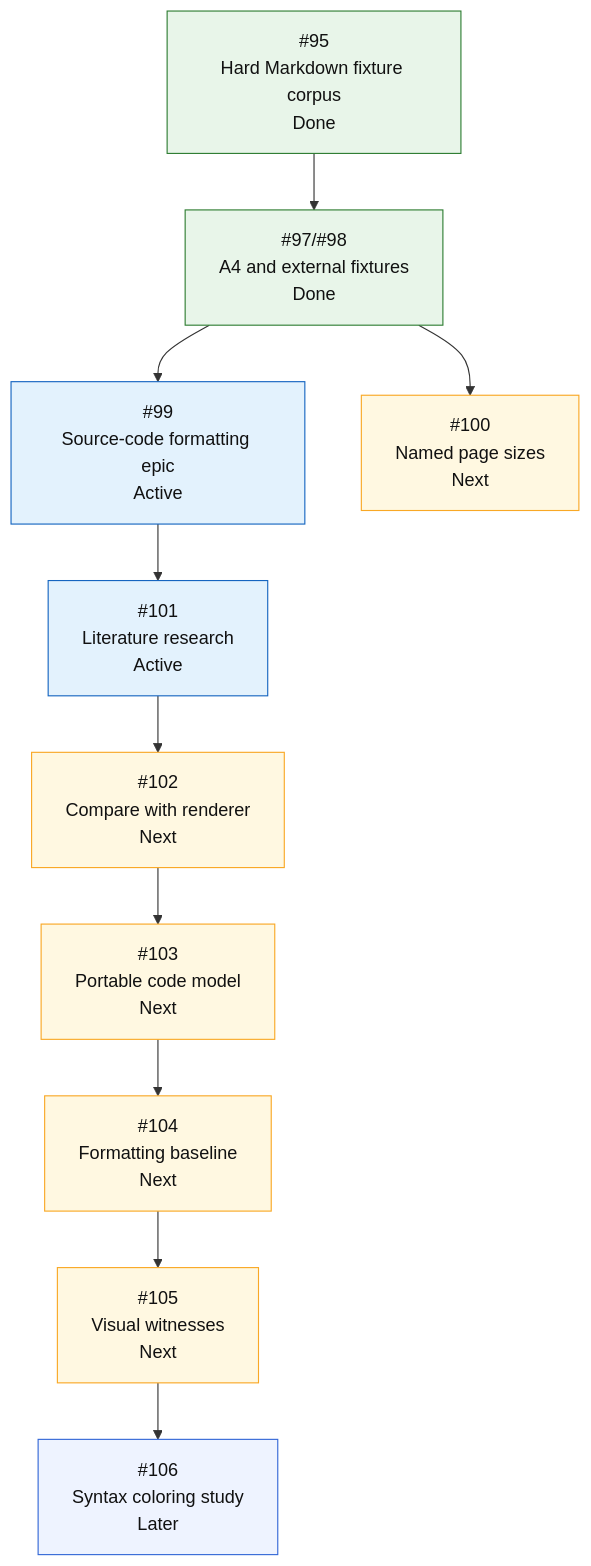
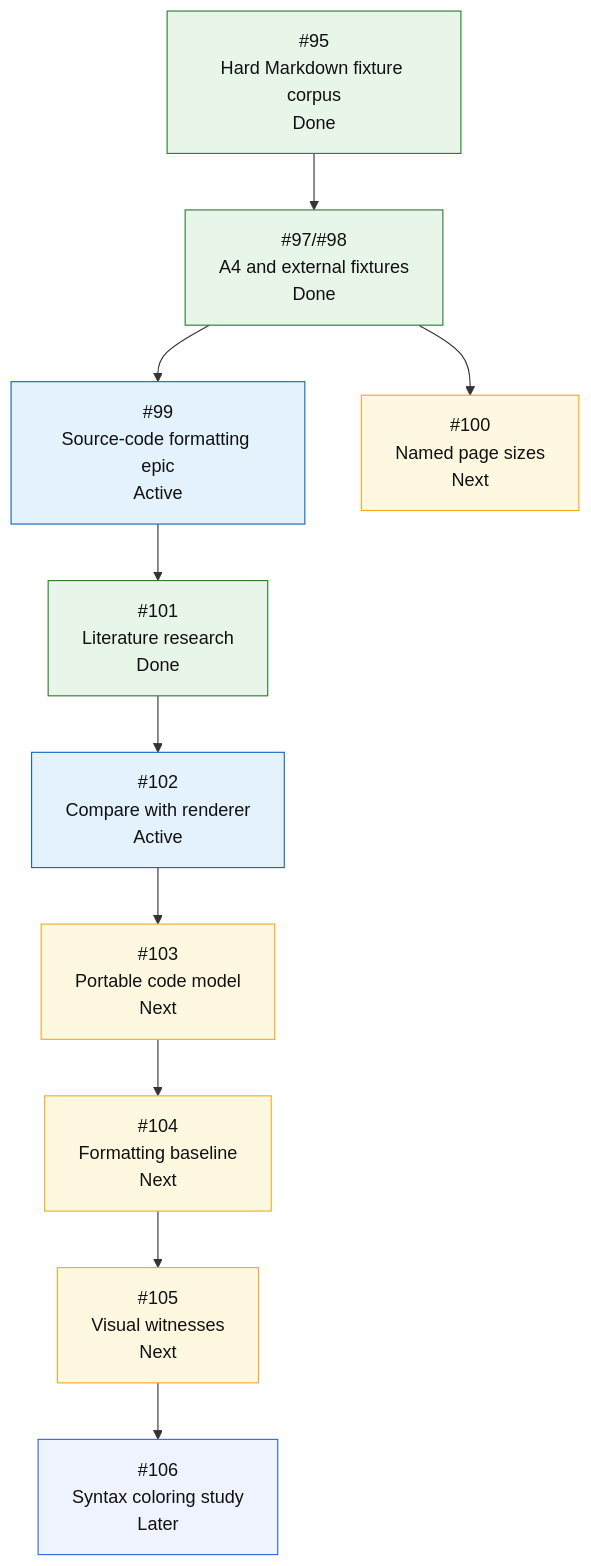
The fifth of 5 diagrams in README.md (mihaelamj/MarkdownPDF), drawn with Mermaid before and after one commit.

Commit message:
docs(roadmap): advance source formatting epic

````diff
--- a/README.md
+++ b/README.md
@@ -414,30 +414,31 @@
 ```mermaid
 flowchart TD
     H0["#95<br/>Hard Markdown fixture corpus<br/>Done"]
     H1["#97/#98<br/>A4 and external fixtures<br/>Done"]
     H2["#99<br/>Source-code formatting epic<br/>Active"]
-    H2A["#101<br/>Literature research<br/>Active"]
-    H2B["#102<br/>Compare with renderer<br/>Next"]
+    H2A["#101<br/>Literature research<br/>Done"]
+    H2B["#102<br/>Compare with renderer<br/>Active"]
     H2C["#103<br/>Portable code model<br/>Next"]
     H2D["#104<br/>Formatting baseline<br/>Next"]
     H2E["#105<br/>Visual witnesses<br/>Next"]
     H2F["#106<br/>Syntax coloring study<br/>Later"]
     H3["#100<br/>Named page sizes<br/>Next"]
 
     H0 --> H1
     H1 --> H2
     H2 --> H2A --> H2B --> H2C --> H2D --> H2E --> H2F
     H1 --> H3
 
     classDef done fill:#e8f5e9,stroke:#2e7d32,color:#111;
     classDef active fill:#e3f2fd,stroke:#1565c0,color:#111;
     classDef review fill:#f3e5f5,stroke:#7b1fa2,color:#111;
     classDef next fill:#fff8e1,stroke:#f9a825,color:#111;
     classDef todo fill:#eef3ff,stroke:#3367d6,color:#111;
     class H0 done;
     class H1 done;
-    class H2,H2A active;
-    class H2B,H2C,H2D,H2E next;
+    class H2,H2B active;
+    class H2A done;
+    class H2C,H2D,H2E next;
     class H2F todo;
     class H3 next;
 ```
````
